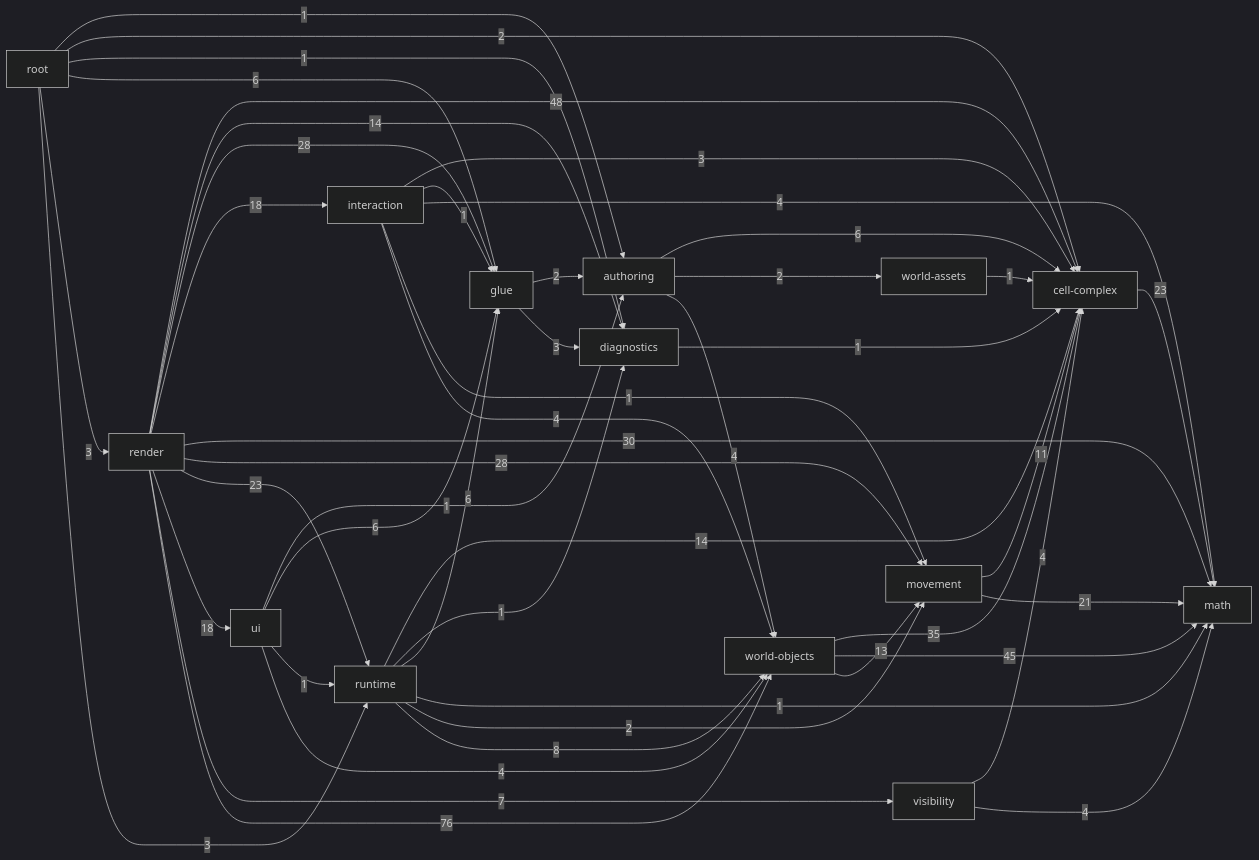
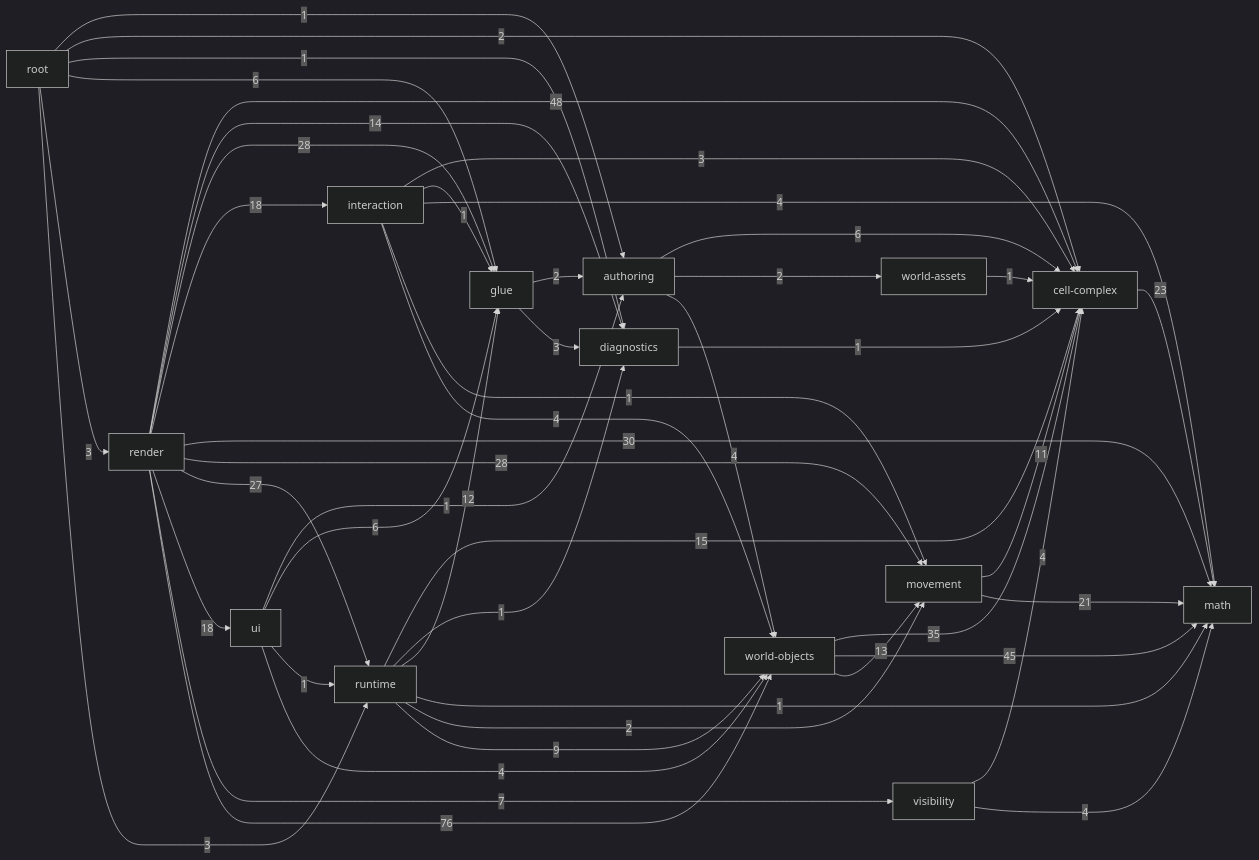
One commit to guraltsev/noneuclid-fpv changed the diagram in _docs/generated/ARCHITECTURE_REFERENCE.md. Above: the diagram before and after it, drawn with Mermaid (dark theme). The commit also changed other lines of this file and 17 other files, not shown here.

````diff
--- a/_docs/generated/ARCHITECTURE_REFERENCE.md
+++ b/_docs/generated/ARCHITECTURE_REFERENCE.md
@@ -35,63 +35,63 @@
 ```mermaid
 flowchart LR
   math["math"]
   cell_complex["cell-complex"]
   diagnostics["diagnostics"]
   visibility["visibility"]
   movement["movement"]
   world_assets["world-assets"]
   world_objects["world-objects"]
   authoring["authoring"]
   glue["glue"]
   interaction["interaction"]
   runtime["runtime"]
   ui["ui"]
   render["render"]
   root["root"]
   authoring -->|6| cell_complex
   authoring -->|2| world_assets
   authoring -->|4| world_objects
   cell_complex -->|23| math
   diagnostics -->|1| cell_complex
   glue -->|2| authoring
   glue -->|3| diagnostics
   interaction -->|3| cell_complex
   interaction -->|1| glue
   interaction -->|4| math
   interaction -->|1| movement
   interaction -->|4| world_objects
   movement -->|11| cell_complex
   movement -->|21| math
   render -->|48| cell_complex
   render -->|14| diagnostics
   render -->|28| glue
   render -->|18| interaction
   render -->|30| math
   render -->|28| movement
-  render -->|23| runtime
+  render -->|27| runtime
   render -->|18| ui
   render -->|7| visibility
   render -->|76| world_objects
   root -->|1| authoring
   root -->|2| cell_complex
   root -->|1| diagnostics
   root -->|6| glue
   root -->|3| render
   root -->|3| runtime
-  runtime -->|14| cell_complex
+  runtime -->|15| cell_complex
   runtime -->|1| diagnostics
-  runtime -->|6| glue
+  runtime -->|12| glue
   runtime -->|1| math
   runtime -->|2| movement
-  runtime -->|8| world_objects
+  runtime -->|9| world_objects
   ui -->|1| authoring
   ui -->|6| glue
   ui -->|1| runtime
   ui -->|4| world_objects
   visibility -->|4| cell_complex
   visibility -->|4| math
   world_assets -->|1| cell_complex
   world_objects -->|35| cell_complex
   world_objects -->|45| math
   world_objects -->|13| movement
 ```
````
